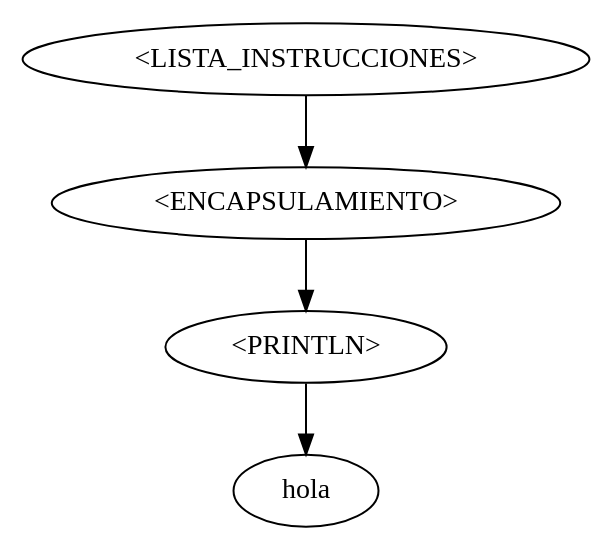
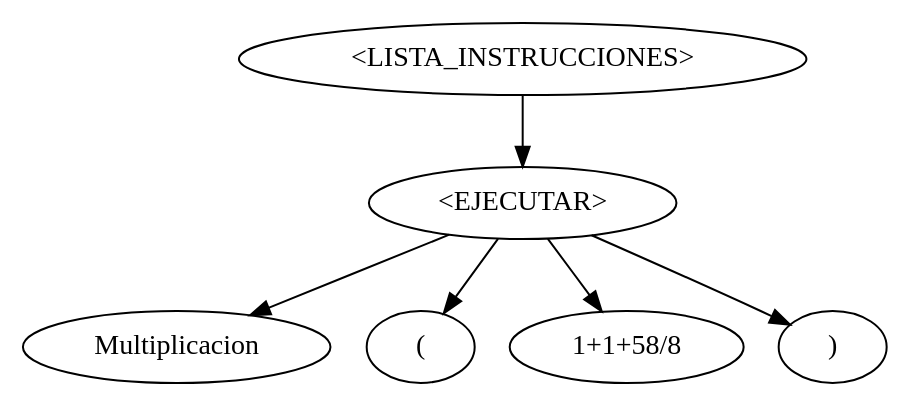
The diagram in Proyecto2/myfirstProject/prueba.dot (AndreRD1026/OLC1-202010816), drawn with Graphviz before and after one commit. The commit also changed 15 other files, not shown here.

```diff
--- a/Proyecto2/myfirstProject/prueba.dot
+++ b/Proyecto2/myfirstProject/prueba.dot
@@ -1,9 +1,13 @@
 digraph grph {
 nodo0[label="<LISTA_INSTRUCCIONES>"];
-nodo1[label="<ENCAPSULAMIENTO>"];
+nodo1[label="<EJECUTAR>"];
 nodo0->nodo1;
-nodo2[label="<PRINTLN>"];
+nodo2[label="Multiplicacion"];
 nodo1->nodo2;
-nodo3[label=" hola "];
-nodo2->nodo3;
+nodo3[label="("];
+nodo1->nodo3;
+nodo4[label="1+1+58/8"];
+nodo1->nodo4;
+nodo5[label=")"];
+nodo1->nodo5;
 }
```
